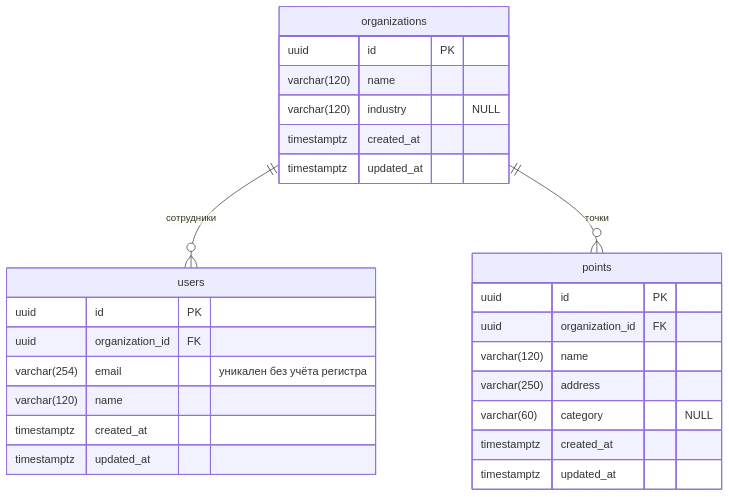
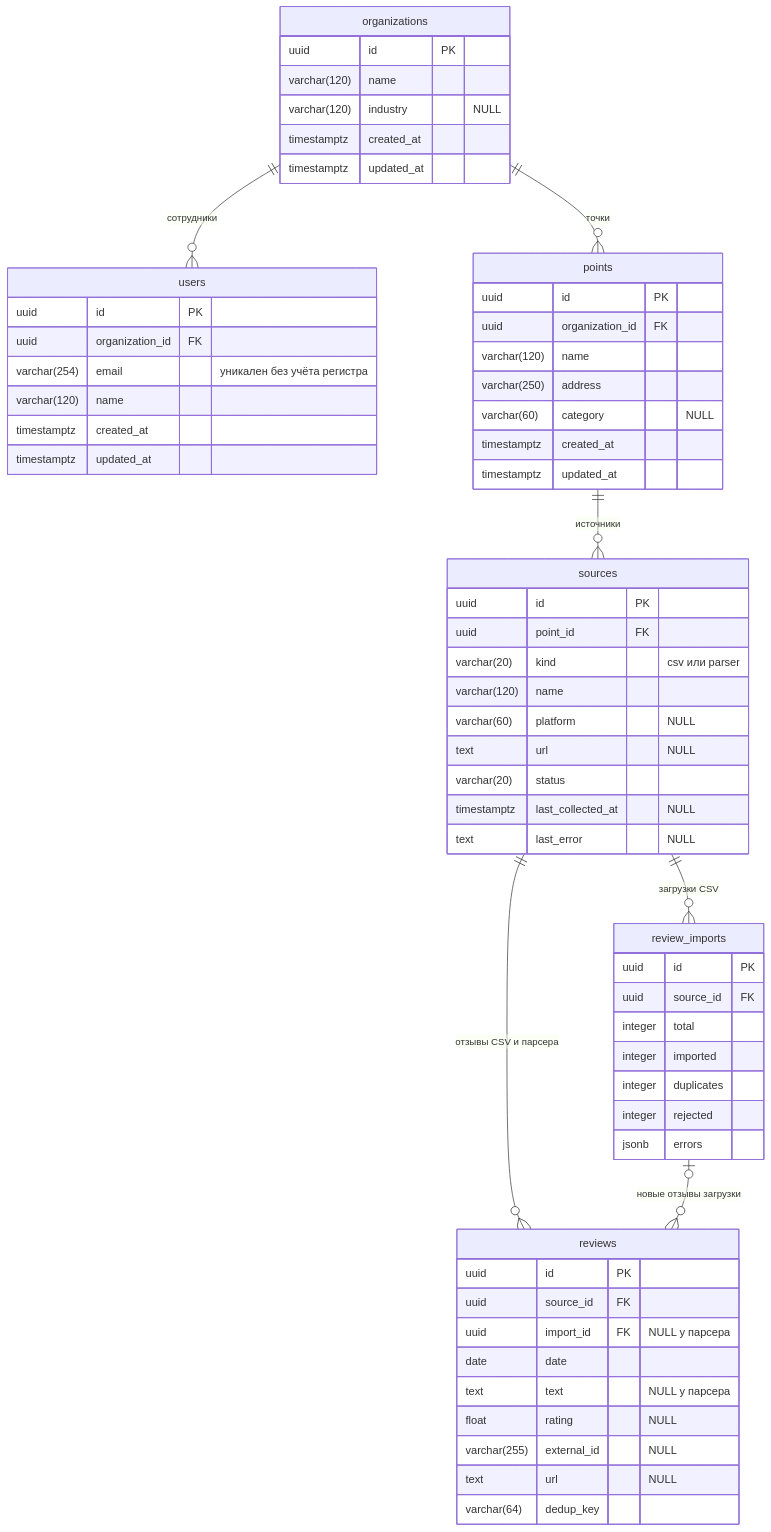
The diagram in docs/db-schema.md (mcmikey101/reo), drawn with Mermaid before and after one commit. The commit also changed other lines of this file and 21 other files, not shown here.

````diff
--- a/docs/db-schema.md
+++ b/docs/db-schema.md
@@ -27,30 +27,65 @@
 ```mermaid
 erDiagram
     organizations ||--o{ users : "сотрудники"
     organizations ||--o{ points : "точки"
+    points ||--o{ sources : "источники"
+    sources ||--o{ review_imports : "загрузки CSV"
+    sources ||--o{ reviews : "отзывы CSV и парсера"
+    review_imports o|--o{ reviews : "новые отзывы загрузки"
 
     organizations {
         uuid id PK
         varchar(120) name
         varchar(120) industry "NULL"
         timestamptz created_at
         timestamptz updated_at
     }
     users {
         uuid id PK
         uuid organization_id FK
         varchar(254) email "уникален без учёта регистра"
         varchar(120) name
         timestamptz created_at
         timestamptz updated_at
     }
     points {
         uuid id PK
         uuid organization_id FK
         varchar(120) name
         varchar(250) address
         varchar(60) category "NULL"
         timestamptz created_at
         timestamptz updated_at
     }
+    sources {
+        uuid id PK
+        uuid point_id FK
+        varchar(20) kind "csv или parser"
+        varchar(120) name
+        varchar(60) platform "NULL"
+        text url "NULL"
+        varchar(20) status
+        timestamptz last_collected_at "NULL"
+        text last_error "NULL"
+    }
+    review_imports {
+        uuid id PK
+        uuid source_id FK
+        integer total
+        integer imported
+        integer duplicates
+        integer rejected
+        jsonb errors
+    }
+    reviews {
+        uuid id PK
+        uuid source_id FK
+        uuid import_id FK "NULL у парсера"
+        date date
+        text text "NULL у парсера"
+        float rating "NULL"
+        varchar(255) external_id "NULL"
+        text url "NULL"
+        varchar(64) dedup_key
+    }
 ```
````
